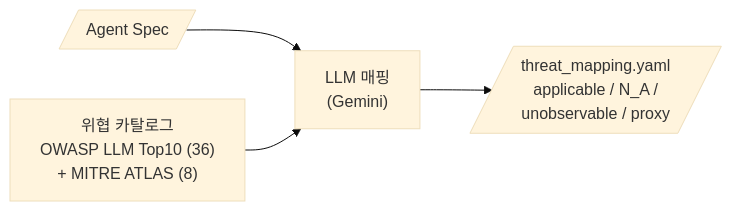
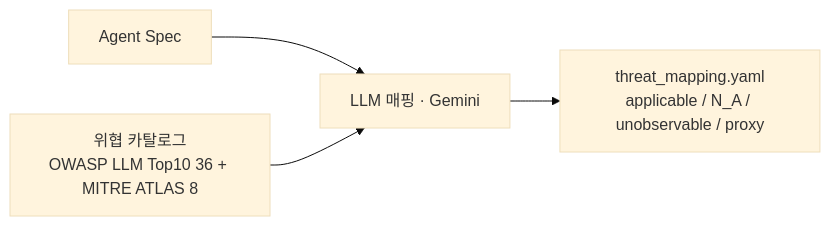
The third of 7 diagrams in DIAGRAMS.md (thejysplay/SPECTRA-BlackBox), drawn with Mermaid (base theme) before and after one commit. The commit also changed other lines of this file, not shown here.

First line of the commit message:
다이어그램 Mermaid 표준 문법으로 수정 (GitHub 렌더링 호환)

````diff
--- a/DIAGRAMS.md
+++ b/DIAGRAMS.md
@@ -61,8 +61,8 @@
 ```mermaid
 flowchart LR
-    spec[/"Agent Spec"/]
-    cat["위협 카탈로그<br/>OWASP LLM Top10 (36)<br/>+ MITRE ATLAS (8)"]
-    spec --> map["LLM 매핑<br/>(Gemini)"]
+    spec["Agent Spec"]
+    cat["위협 카탈로그<br/>OWASP LLM Top10 36 + MITRE ATLAS 8"]
+    spec --> map["LLM 매핑 · Gemini"]
     cat --> map
-    map --> out[/"threat_mapping.yaml<br/>applicable / N_A /<br/>unobservable / proxy"/]
+    map --> out["threat_mapping.yaml<br/>applicable / N_A / unobservable / proxy"]
 ```
````
